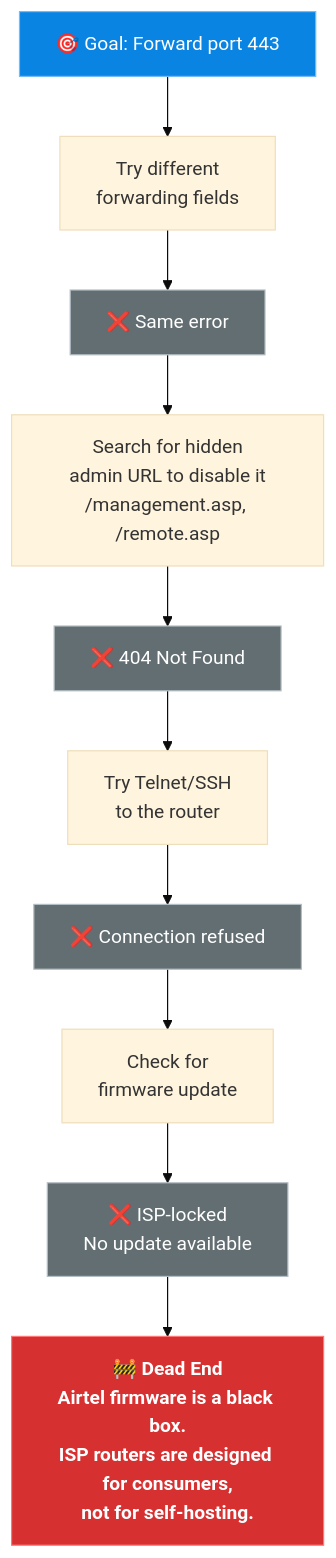
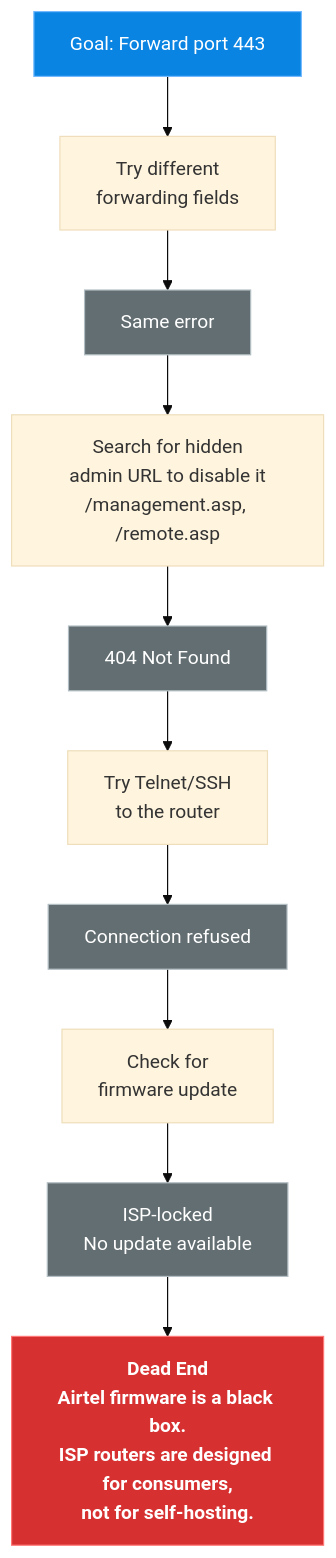
The second of 3 diagrams in docs/02-the-isp-wall.md (ull0sm/pfsense-config-notes), drawn with Mermaid (base theme) before and after one commit. The commit also changed other lines of this file and 3 other files, not shown here.

````diff
--- a/docs/02-the-isp-wall.md
+++ b/docs/02-the-isp-wall.md
@@ -87,25 +87,25 @@
 ```mermaid
 flowchart TD
-    START["🎯 Goal: Forward port 443"] --> T1
+    START["Goal: Forward port 443"] --> T1
 
-    T1["Try different\nforwarding fields"] --> FAIL1["❌ Same error"]
+    T1["Try different\nforwarding fields"] --> FAIL1["Same error"]
     FAIL1 --> T2
 
-    T2["Search for hidden\nadmin URL to disable it\n/management.asp, /remote.asp"] --> FAIL2["❌ 404 Not Found"]
+    T2["Search for hidden\nadmin URL to disable it\n/management.asp, /remote.asp"] --> FAIL2["404 Not Found"]
     FAIL2 --> T3
 
-    T3["Try Telnet/SSH\nto the router"] --> FAIL3["❌ Connection refused"]
+    T3["Try Telnet/SSH\nto the router"] --> FAIL3["Connection refused"]
     FAIL3 --> T4
 
-    T4["Check for\nfirmware update"] --> FAIL4["❌ ISP-locked\nNo update available"]
+    T4["Check for\nfirmware update"] --> FAIL4["ISP-locked\nNo update available"]
     FAIL4 --> CONCLUSION
 
-    CONCLUSION["🚧 Dead End\nAirtel firmware is a black box.\nISP routers are designed for consumers,\nnot for self-hosting."]
+    CONCLUSION["Dead End\nAirtel firmware is a black box.\nISP routers are designed for consumers,\nnot for self-hosting."]
 
     style START fill:#0984e3,stroke:#74b9ff,color:#fff
     style CONCLUSION fill:#d63031,stroke:#ff7675,color:#fff,font-weight:bold
     style FAIL1 fill:#636e72,stroke:#b2bec3,color:#fff
     style FAIL2 fill:#636e72,stroke:#b2bec3,color:#fff
     style FAIL3 fill:#636e72,stroke:#b2bec3,color:#fff
     style FAIL4 fill:#636e72,stroke:#b2bec3,color:#fff
 ```
````
